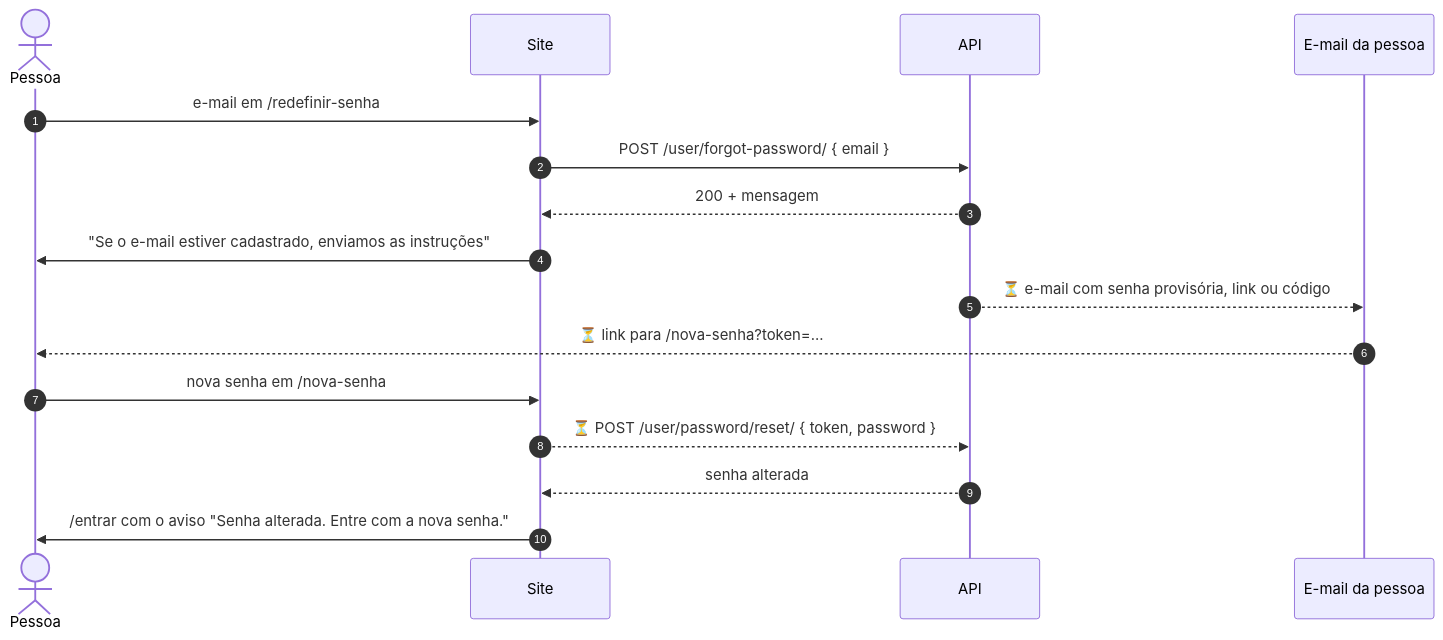
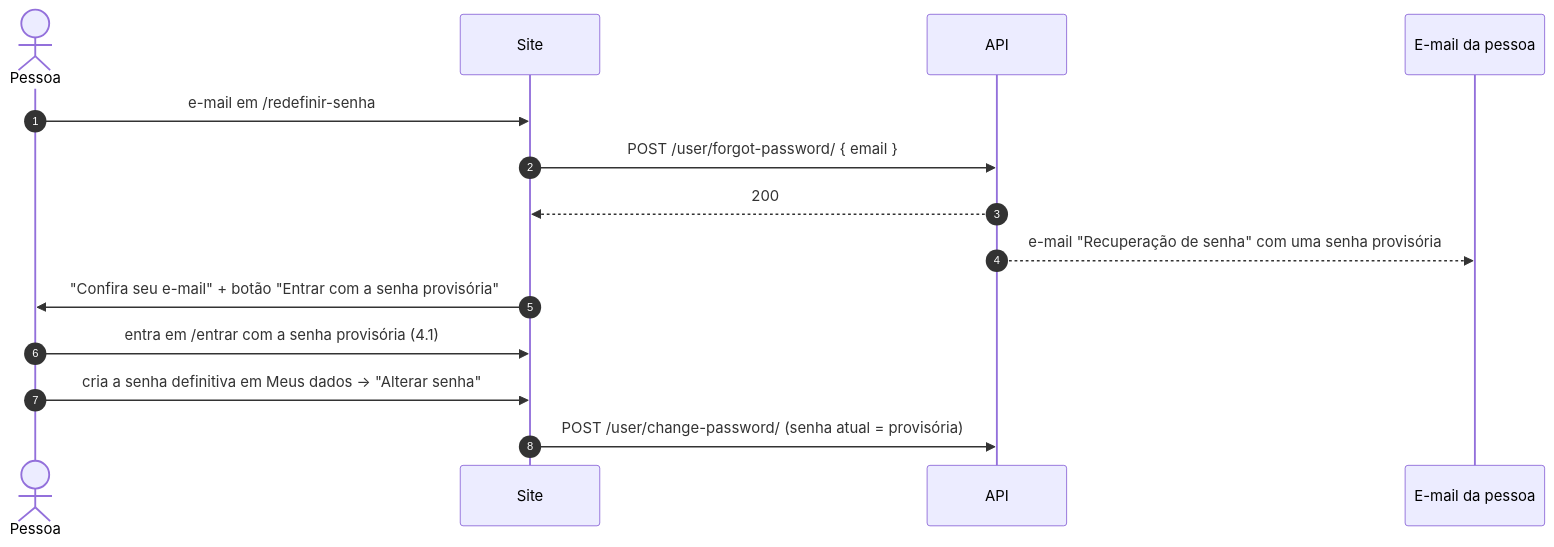
The eighth of 11 diagrams in docs/fluxo-auth.md (vinicius-fernandes-checkauto/checkauto-site), drawn with Mermaid before and after one commit. The commit also changed other lines of this file and 49 other files, not shown here.

````diff
--- a/docs/fluxo-auth.md
+++ b/docs/fluxo-auth.md
@@ -269,19 +279,17 @@
 ```mermaid
 sequenceDiagram
     autonumber
     actor P as Pessoa
     participant Site as Site
     participant API as API
     participant M as E-mail da pessoa
 
     P->>Site: e-mail em /redefinir-senha
     Site->>API: POST /user/forgot-password/ { email }
-    API-->>Site: 200 + mensagem
-    Site->>P: "Se o e-mail estiver cadastrado, enviamos as instruções"
-    API-->>M: ⏳ e-mail com senha provisória, link ou código
-    M-->>P: ⏳ link para /nova-senha?token=...
-    P->>Site: nova senha em /nova-senha
-    Site-->>API: ⏳ POST /user/password/reset/ { token, password }
-    API-->>Site: senha alterada
-    Site->>P: /entrar com o aviso "Senha alterada. Entre com a nova senha."
+    API-->>Site: 200
+    API-->>M: e-mail "Recuperação de senha" com uma senha provisória
+    Site->>P: "Confira seu e-mail" + botão "Entrar com a senha provisória"
+    P->>Site: entra em /entrar com a senha provisória (4.1)
+    P->>Site: cria a senha definitiva em Meus dados → "Alterar senha"
+    Site->>API: POST /user/change-password/ (senha atual = provisória)
 ```
````
